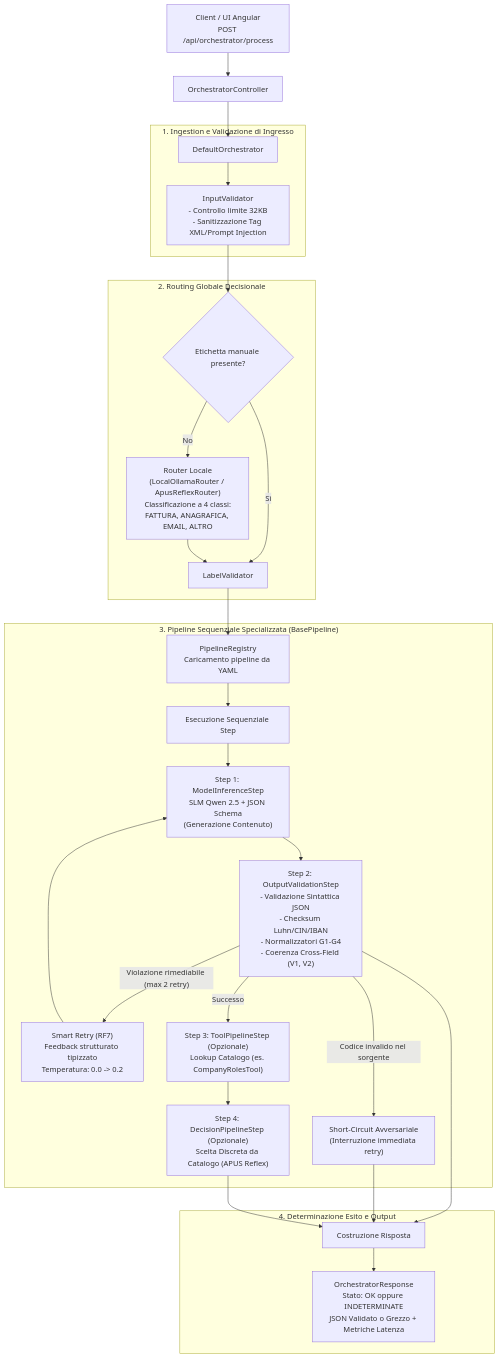
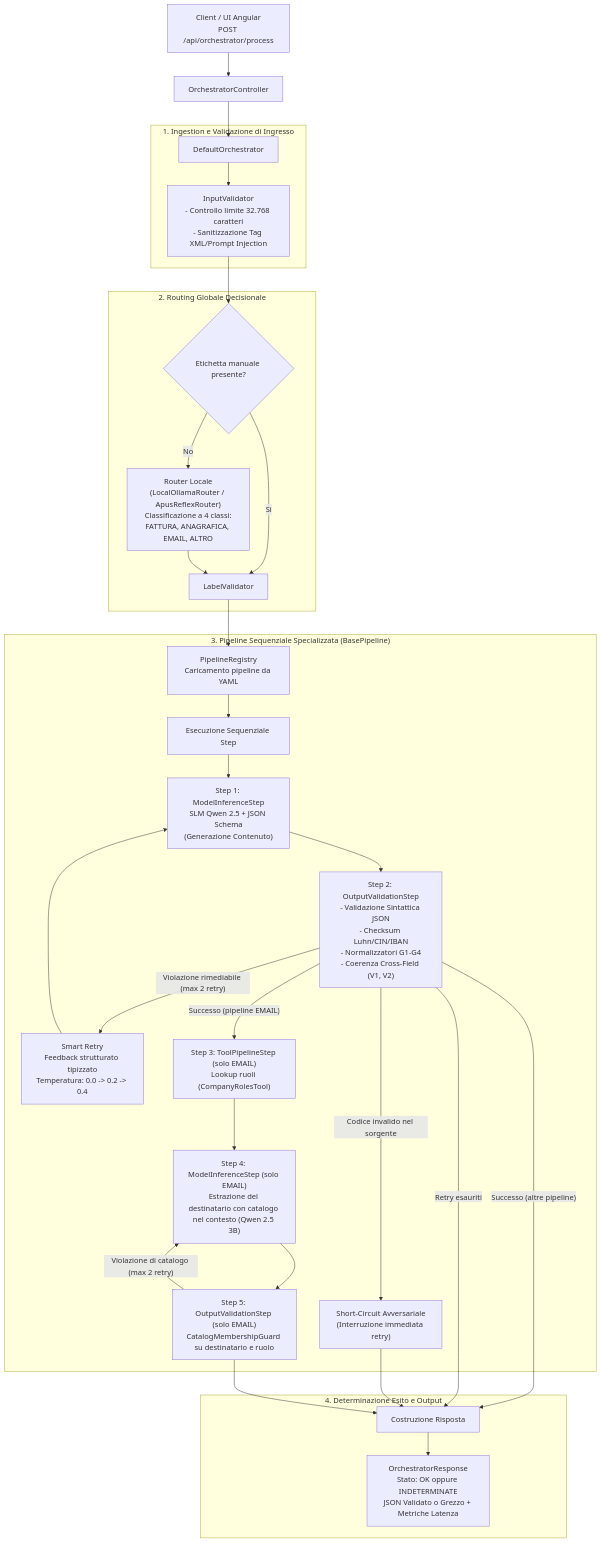
Before and after one commit to dddel/SLM-Orchestrator: the diagram in docs/documentazione_progetto.md, drawn with Mermaid. The commit also changed other lines of this file, not shown here.

````diff
--- a/docs/documentazione_progetto.md
+++ b/docs/documentazione_progetto.md
@@ -128,39 +143,42 @@
 ```mermaid
 flowchart TD
     Client["Client / UI Angular\nPOST /api/orchestrator/process"] --> Controller["OrchestratorController"]
     Controller --> Orchestrator["DefaultOrchestrator"]
     
     subgraph S1 ["1. Ingestion e Validazione di Ingresso"]
-        Orchestrator --> InVal["InputValidator\n- Controllo limite 32KB\n- Sanitizzazione Tag XML/Prompt Injection"]
+        Orchestrator --> InVal["InputValidator\n- Controllo limite 32.768 caratteri\n- Sanitizzazione Tag XML/Prompt Injection"]
     end
     
     subgraph S2 ["2. Routing Globale Decisionale"]
         InVal --> RouterChoice{"Etichetta manuale presente?"}
         RouterChoice -- No --> RModel["Router Locale\n(LocalOllamaRouter / ApusReflexRouter)\nClassificazione a 4 classi:\nFATTURA, ANAGRAFICA, EMAIL, ALTRO"]
         RouterChoice -- Sì --> LabelCheck["LabelValidator"]
         RModel --> LabelCheck
     end
     
     subgraph S3 ["3. Pipeline Sequenziale Specializzata (BasePipeline)"]
         LabelCheck --> PipeReg["PipelineRegistry\nCaricamento pipeline da YAML"]
         PipeReg --> PipeExec["Esecuzione Sequenziale Step"]
         
         PipeExec --> StepGen["Step 1: ModelInferenceStep\nSLM Qwen 2.5 + JSON Schema\n(Generazione Contenuto)"]
         StepGen --> StepVal["Step 2: OutputValidationStep\n- Validazione Sintattica JSON\n- Checksum Luhn/CIN/IBAN\n- Normalizzatori G1-G4\n- Coerenza Cross-Field (V1, V2)"]
         
-        StepVal -- "Violazione rimediabile (max 2 retry)" --> RetryLoop["Smart Retry (RF7)\nFeedback strutturato tipizzato\nTemperatura: 0.0 -> 0.2"]
+        StepVal -- "Violazione rimediabile (max 2 retry)" --> RetryLoop["Smart Retry\nFeedback strutturato tipizzato\nTemperatura: 0.0 -> 0.2 -> 0.4"]
         RetryLoop --> StepGen
         
         StepVal -- "Codice invalido nel sorgente" --> ShortCircuit["Short-Circuit Avversariale\n(Interruzione immediata retry)"]
         
-        StepVal -- Successo --> StepTool["Step 3: ToolPipelineStep (Opzionale)\nLookup Catalogo (es. CompanyRolesTool)"]
-        StepTool --> StepDec["Step 4: DecisionPipelineStep (Opzionale)\nScelta Discreta da Catalogo (APUS Reflex)"]
+        StepVal -- "Successo (pipeline EMAIL)" --> StepTool["Step 3: ToolPipelineStep (solo EMAIL)\nLookup ruoli (CompanyRolesTool)"]
+        StepTool --> StepDec["Step 4: ModelInferenceStep (solo EMAIL)\nEstrazione del destinatario con catalogo nel contesto (Qwen 2.5 3B)"]
+        StepDec --> StepRecVal["Step 5: OutputValidationStep (solo EMAIL)\nCatalogMembershipGuard su destinatario e ruolo"]
+        StepRecVal -- "Violazione di catalogo (max 2 retry)" --> StepDec
     end
     
     subgraph S4 ["4. Determinazione Esito e Output"]
-        StepVal --> OutBuilder["Costruzione Risposta"]
+        StepVal -- "Successo (altre pipeline)" --> OutBuilder["Costruzione Risposta"]
+        StepVal -- "Retry esauriti" --> OutBuilder
         ShortCircuit --> OutBuilder
-        StepDec --> OutBuilder
+        StepRecVal --> OutBuilder
         OutBuilder --> FinalResp["OrchestratorResponse\nStato: OK oppure INDETERMINATE\nJSON Validato o Grezzo + Metriche Latenza"]
     end
 ```
````
